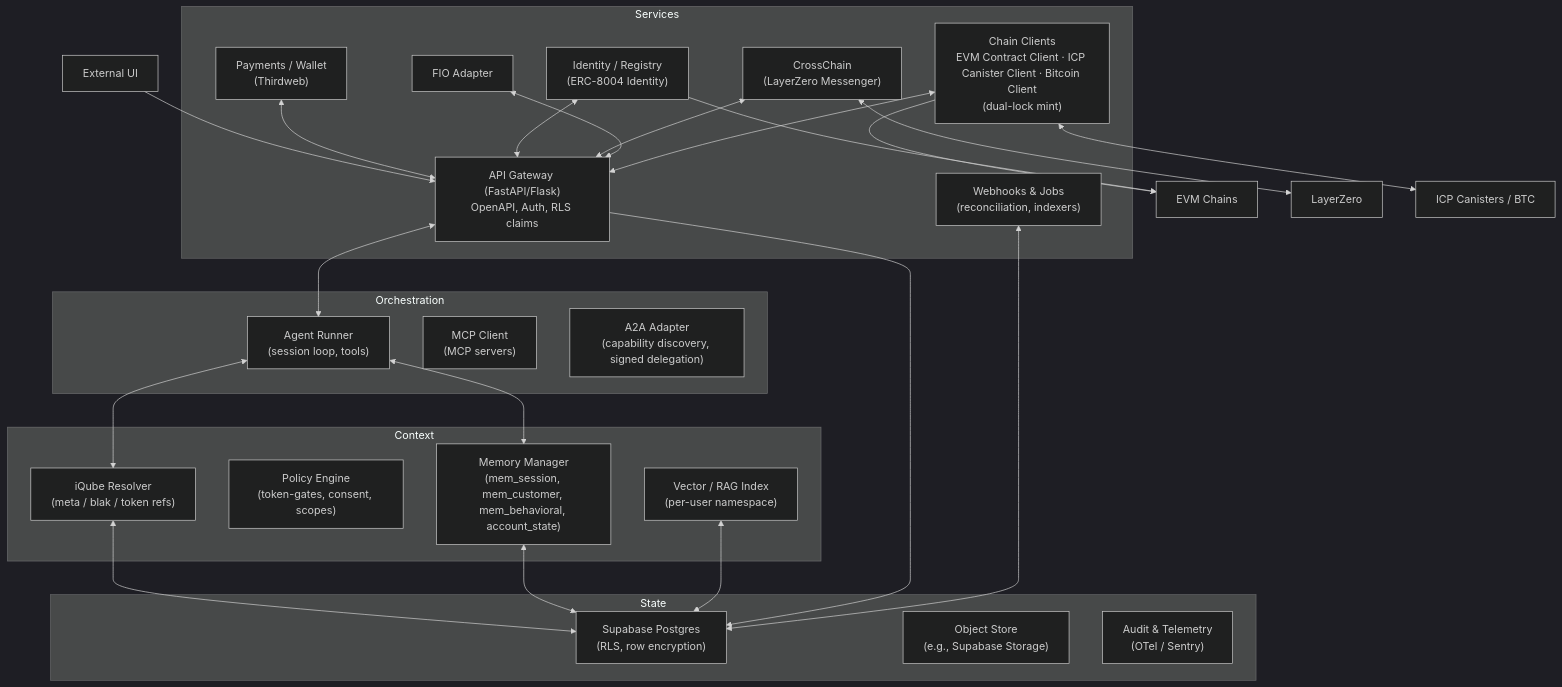
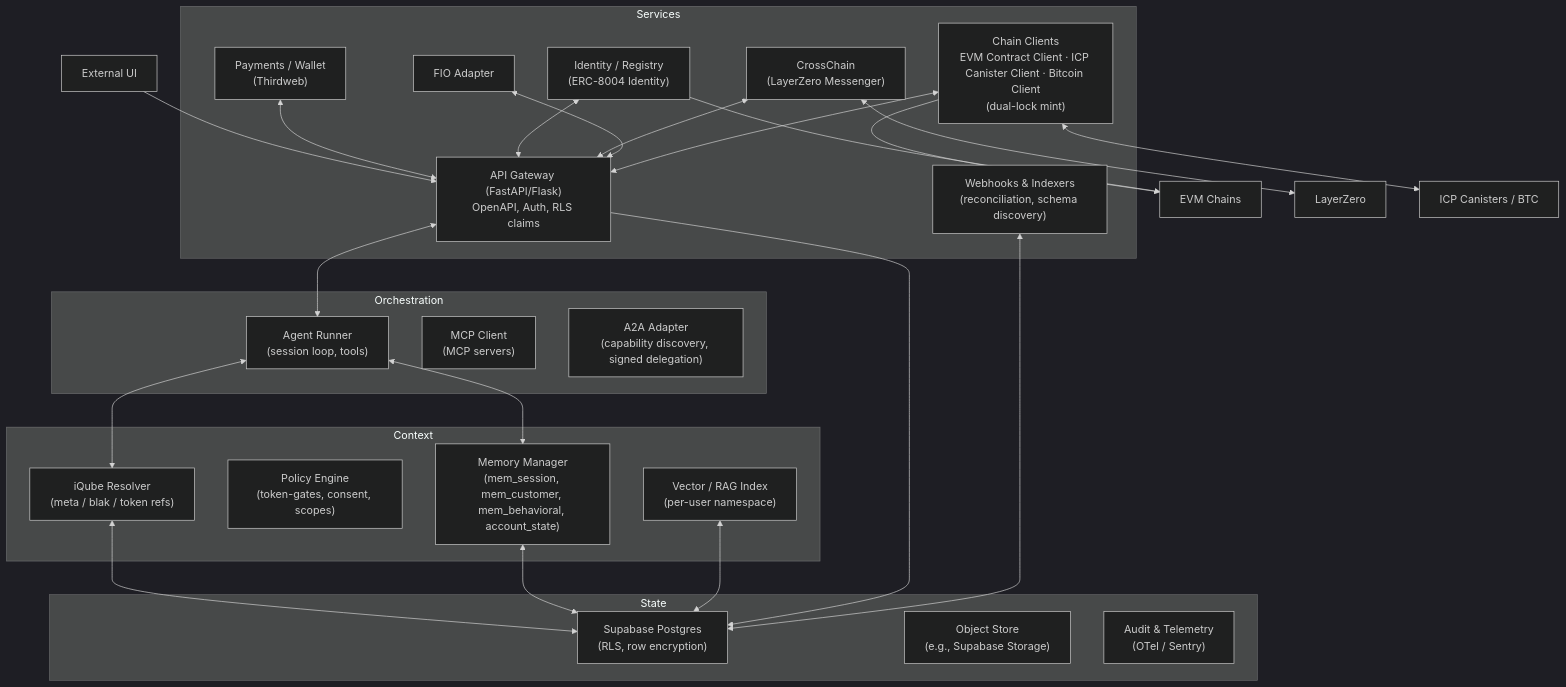
One commit to iQube-Protocol/AigentZBeta changed the diagram in docs/architecture/diagrams/c4_container_updated.mmd. Above: the diagram before and after it, drawn with Mermaid (dark theme). The commit also changed 10 other files, not shown here.

Commit message:
docs(architecture): clarify blakQube 'keys' == schema field keys/labels; add schema discovery + values gating; OpenAPI v1.1.1-alpha

```diff
--- a/docs/architecture/diagrams/c4_container_updated.mmd
+++ b/docs/architecture/diagrams/c4_container_updated.mmd
@@ -1,49 +1,44 @@
 flowchart TB
   subgraph Orchestration
     OR1["Agent Runner<br/>(session loop, tools)"]
     OR2["MCP Client<br/>(MCP servers)"]
     OR3["A2A Adapter<br/>(capability discovery, signed delegation)"]
   end
-
   subgraph Context
     CX1["iQube Resolver<br/>(meta / blak / token refs)"]
     CX2["Policy Engine<br/>(token-gates, consent, scopes)"]
     CX3["Memory Manager<br/>(mem_session, mem_customer, mem_behavioral, account_state)"]
     CX4["Vector / RAG Index<br/>(per-user namespace)"]
   end
-
   subgraph Services
     S1["API Gateway (FastAPI/Flask)<br/>OpenAPI, Auth, RLS claims"]
     S2["Payments / Wallet<br/>(Thirdweb)"]
     S3["Identity / Registry<br/>(ERC-8004 Identity)"]
     S4["CrossChain<br/>(LayerZero Messenger)"]
     S5["FIO Adapter"]
     S6["Chain Clients<br/>EVM Contract Client · ICP Canister Client · Bitcoin Client<br/>(dual-lock mint)"]
-    S7["Webhooks & Jobs<br/>(reconciliation, indexers)"]
+    S7["Webhooks & Indexers<br/>(reconciliation, schema discovery)"]
   end
-
   subgraph State
     DB["Supabase Postgres<br/>(RLS, row encryption)"]
     OBJ["Object Store<br/>(e.g., Supabase Storage)"]
     LOG["Audit & Telemetry<br/>(OTel / Sentry)"]
   end
-
   UI[External UI] --> S1
   S1 <--> OR1
   OR1 <--> CX1
   OR1 <--> CX3
   CX1 <--> DB
   CX3 <--> DB
   CX4 <--> DB
   S1 --> DB
   S2 <--> S1
   S3 <--> S1
   S4 <--> S1
   S5 <--> S1
   S6 <--> S1
   S7 <--> DB
-
   S6 --> EVM[EVM Chains]
   S4 <--> LZ[LayerZero]
   S6 <--> ICP[ICP Canisters / BTC]
   S3 --> EVM
```
